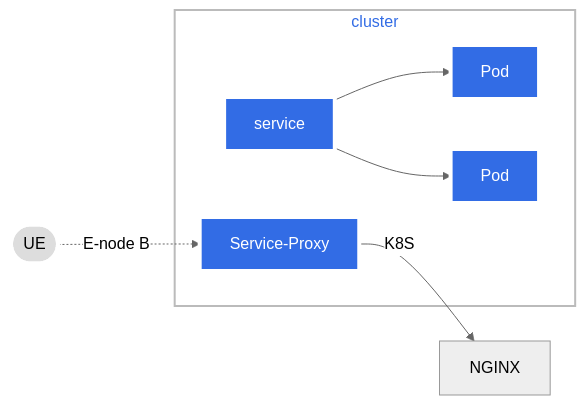
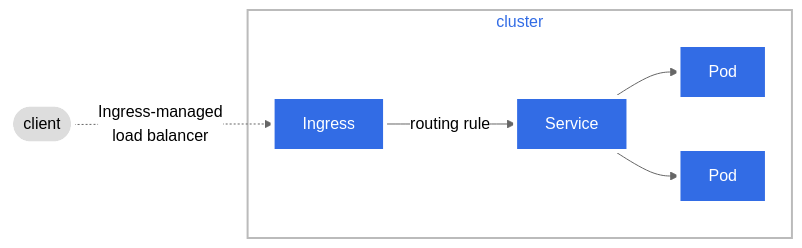
The diagram in index.rst (robinmordasiewicz/f5-cnf-lab), drawn with Mermaid (neutral theme) before and after one commit. The commit also changed other lines of this file, not shown here.

Commit message:
creating skel

```diff
--- a/index.rst
+++ b/index.rst
@@ -32,16 +32,16 @@
 .. mermaid::
 
-   graph  LR
-     UE([UE])-. E-node B .->service-proxy[Service-Proxy];
-     service-proxy-->|K8S|nginx[NGINX];
-     subgraph cluster
-     service-proxy;
-     service-->pod1[Pod];
-     service-->pod2[Pod];
-     end
-     classDef plain fill:#ddd,stroke:#fff,stroke-width:4px,color:#000;
-     classDef k8s fill:#326ce5,stroke:#fff,stroke-width:4px,color:#fff;
-     classDef cluster fill:#fff,stroke:#bbb,stroke-width:2px,color:#326ce5;
-     class service-proxy,service,pod1,pod2 k8s;
-     class UE plain;
-     class cluster cluster;
+   graph LR;
+    client([client])-. Ingress-managed <br> load balancer .->ingress[Ingress];
+    ingress-->|routing rule|service[Service];
+    subgraph cluster
+    ingress;
+    service-->pod1[Pod];
+    service-->pod2[Pod];
+    end
+    classDef plain fill:#ddd,stroke:#fff,stroke-width:4px,color:#000;
+    classDef k8s fill:#326ce5,stroke:#fff,stroke-width:4px,color:#fff;
+    classDef cluster fill:#fff,stroke:#bbb,stroke-width:2px,color:#326ce5;
+    class ingress,service,pod1,pod2 k8s;
+    class client plain;
+    class cluster cluster;
```
